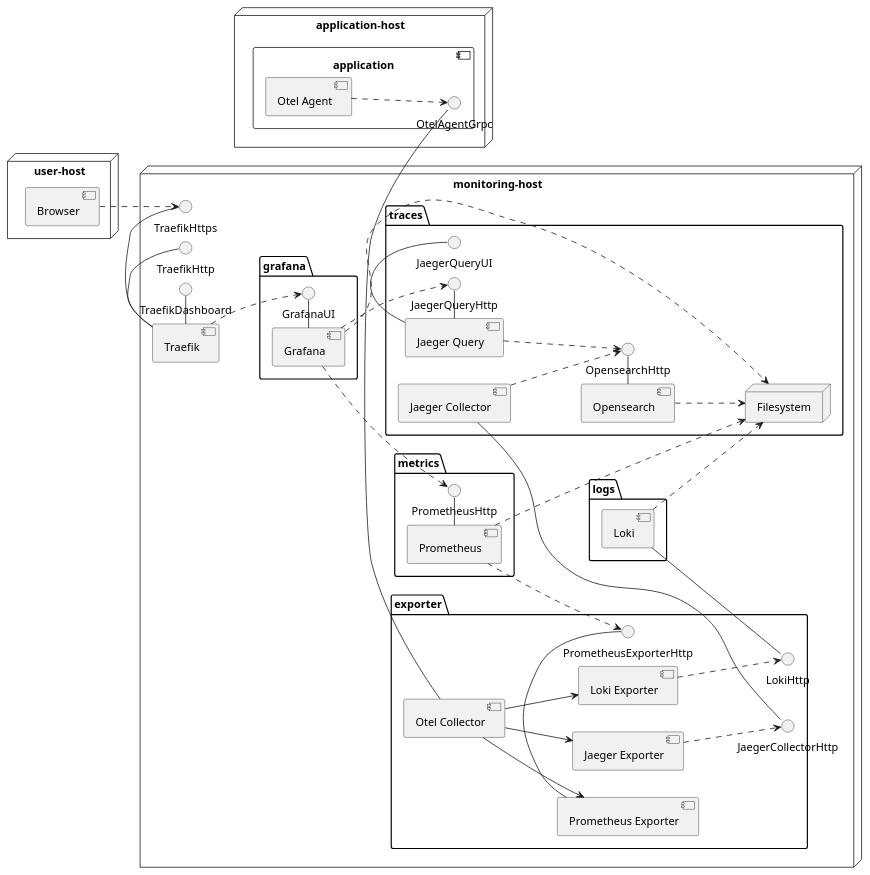
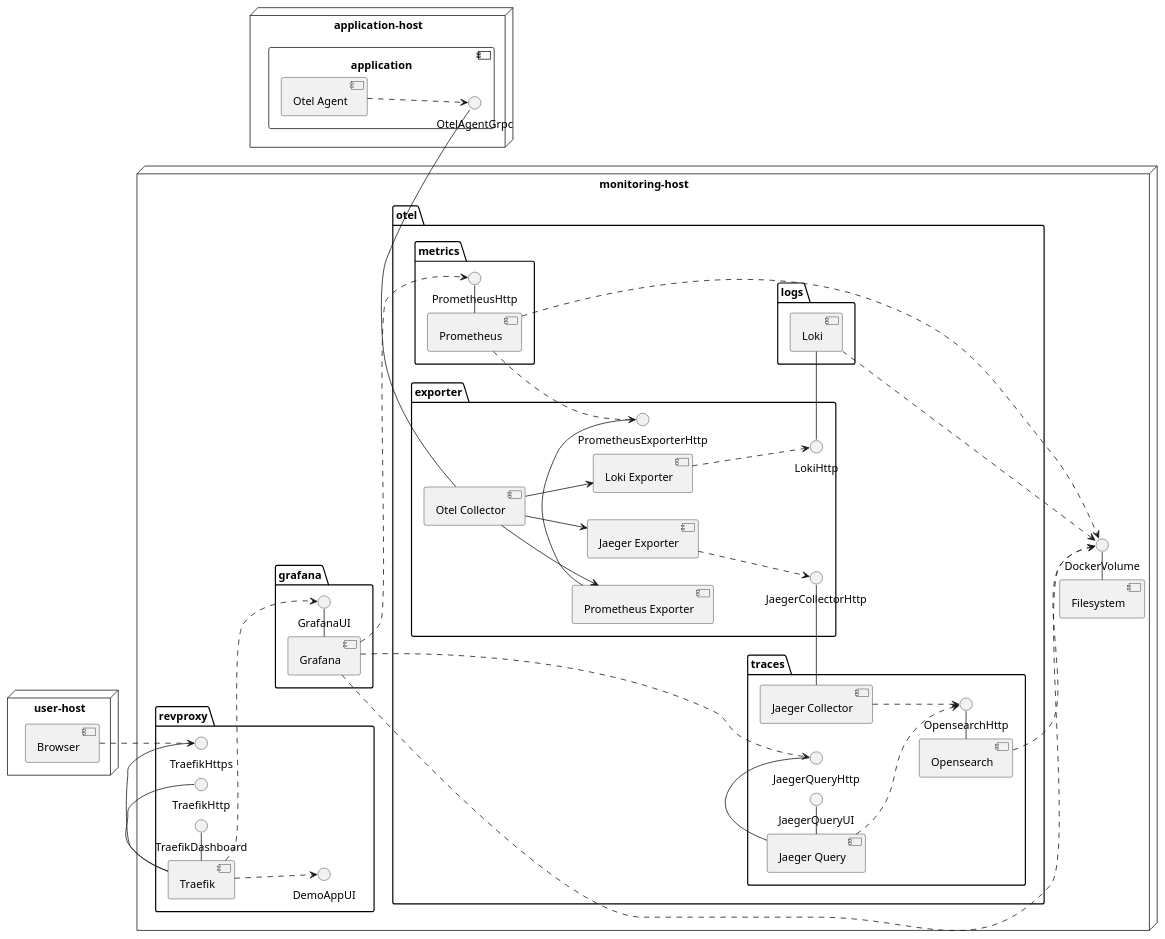
Before and after one commit to telekom-mms/falcon-eye-monitoring: the diagram in readme/context-fem.iuml, drawn with PlantUML. The commit also changed 13 other files, not shown here.

```diff
--- a/readme/context-fem.iuml
+++ b/readme/context-fem.iuml
@@ -1,67 +1,74 @@
 @startuml
 
 left to right direction
 
 node "application-host" {
+
   component application {
       [Otel Agent] ..> OtelAgentGrpc
   }
 }
 
 node "monitoring-host" {
-  package "exporter" {
-    [Otel Collector] - OtelAgentGrpc
-    [Otel Collector] --> [Jaeger Exporter]
-    [Otel Collector] --> [Loki Exporter]
-    [Otel Collector] --> [Prometheus Exporter]
 
-    [Loki Exporter] ..> LokiHttp
+  [Filesystem] - DockerVolume
 
-    [Jaeger Exporter] ..> JaegerCollectorHttp
+  package "otel" {
 
-    [Prometheus Exporter] - PrometheusExporterHttp
-  }
+      package "exporter" {
+        [Otel Collector] - OtelAgentGrpc
+        [Otel Collector] --> [Jaeger Exporter]
+        [Otel Collector] --> [Loki Exporter]
+        [Otel Collector] --> [Prometheus Exporter]
 
-  package "traces" {
-    [Opensearch] - OpensearchHttp
-    [Opensearch] ..> Filesystem
+        [Loki Exporter] ..> LokiHttp
 
-    [Jaeger Collector] - JaegerCollectorHttp
-    [Jaeger Collector] ..> OpensearchHttp
-    [Jaeger Query] ..> OpensearchHttp
-    [Jaeger Query] - JaegerQueryHttp
-    [Jaeger Query] - JaegerQueryUI
-  }
+        [Jaeger Exporter] ..> JaegerCollectorHttp
 
-  package "logs" {
-    [Loki] - LokiHttp
-    [Loki] ..> Filesystem
-  }
+        [Prometheus Exporter] - PrometheusExporterHttp
+      }
 
-  package "metrics" {
-    [Prometheus] ..> Filesystem
-    [Prometheus] ..> PrometheusExporterHttp
-    [Prometheus] - PrometheusHttp
-  }
+      package "traces" {
+        [Opensearch] - OpensearchHttp
+        [Opensearch] ..> DockerVolume
+
+        [Jaeger Collector] - JaegerCollectorHttp
+        [Jaeger Collector] ..> OpensearchHttp
+        [Jaeger Query] ..> OpensearchHttp
+        [Jaeger Query] - JaegerQueryHttp
+        [Jaeger Query] - JaegerQueryUI
+      }
+
+      package "logs" {
+        [Loki] - LokiHttp
+        [Loki] ..> DockerVolume
+      }
+
+      package "metrics" {
+        [Prometheus] ..> DockerVolume
+        [Prometheus] ..> PrometheusExporterHttp
+        [Prometheus] - PrometheusHttp
+      }
+    }
 
   package "grafana" {
     [Grafana] - GrafanaUI
     [Grafana] ..> PrometheusHttp
     [Grafana] ..> JaegerQueryHttp
-    [Grafana] ..> Filesystem
+    [Grafana] ..> DockerVolume
   }
 
-  [Traefik] ..> GrafanaUI
-  [Traefik] - TraefikHttps
-  [Traefik] - TraefikHttp
-  [Traefik] - TraefikDashboard
+  package "revproxy" {
+    [Traefik] ..> GrafanaUI
+    [Traefik] ..> DemoAppUI
+    [Traefik] - TraefikHttps
+    [Traefik] - TraefikHttp
+    [Traefik] - TraefikDashboard
+  }
 }
 
 node "user-host" {
   [Browser] ..> TraefikHttps
 }
 
-node "Filesystem" {
-}
-
 @enduml
```
